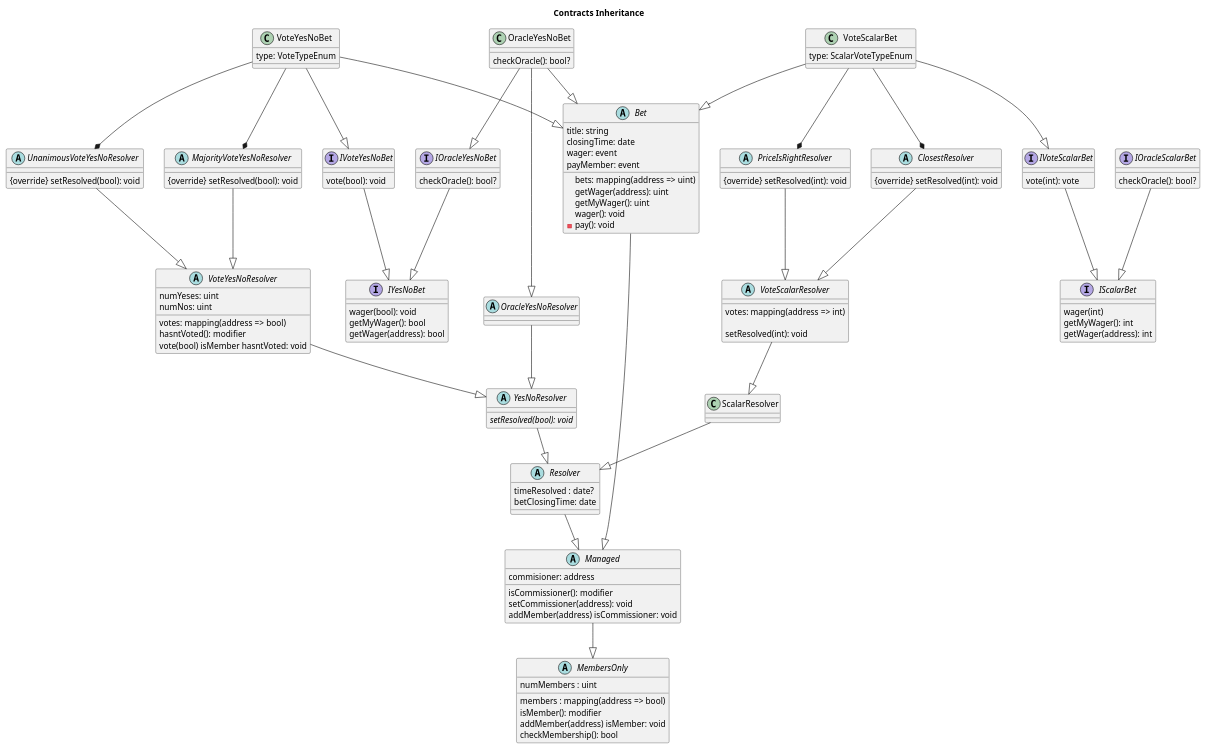
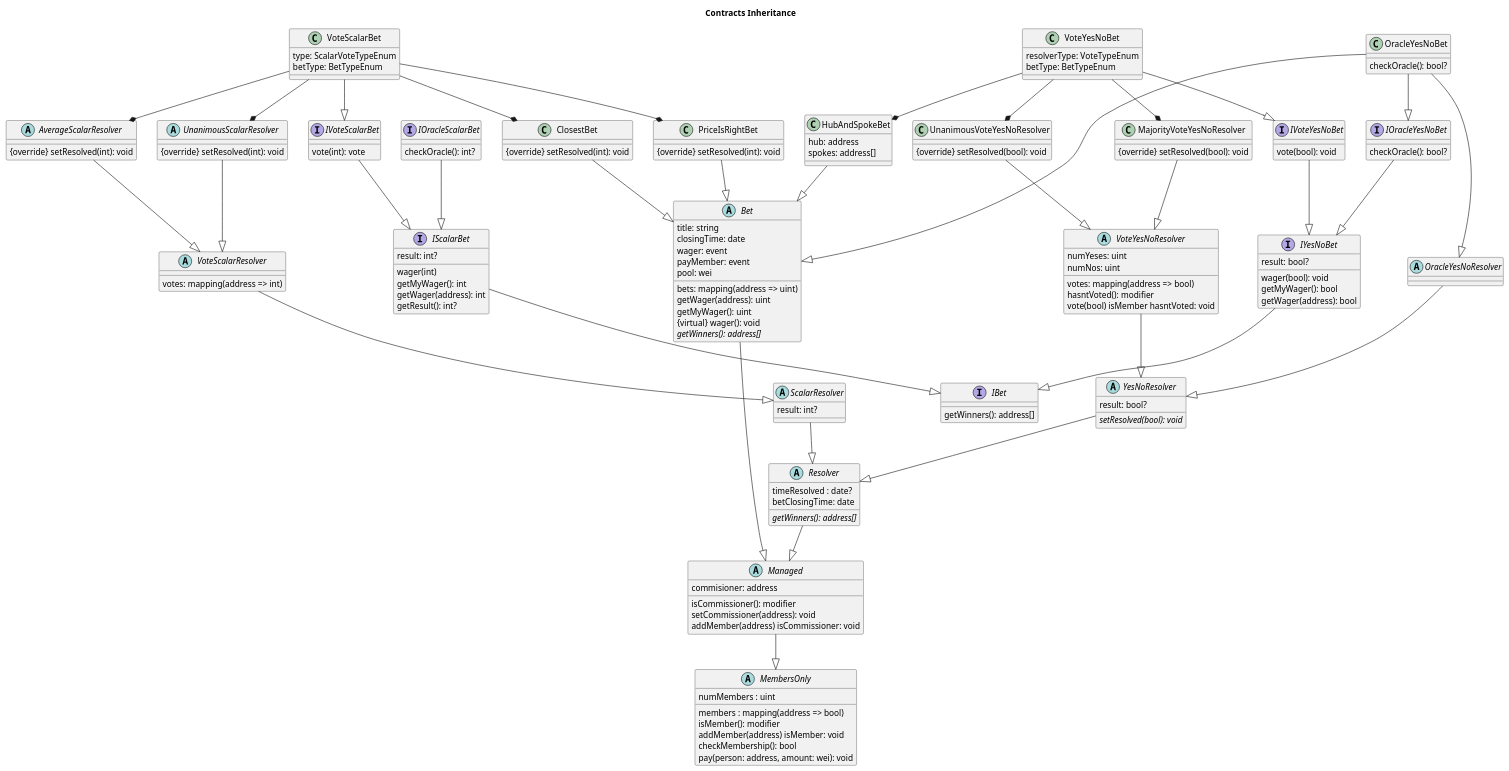
One commit to adhurjaty/prediction-app changed the diagram in src/contracts/inheritanceDiagram.puml. Above: the diagram before and after it, drawn with PlantUML.

Commit message:
just groping around for a solution

```diff
--- a/src/contracts/inheritanceDiagram.puml
+++ b/src/contracts/inheritanceDiagram.puml
@@ -1,149 +1,186 @@
 @startuml
 
 title Contracts Inheritance
 
 abstract class MembersOnly {
     members : mapping(address => bool)
     numMembers : uint
 
     isMember(): modifier
     addMember(address) isMember: void
     checkMembership(): bool
+    pay(person: address, amount: wei): void
 }
 
 abstract class Managed {
     commisioner: address
     isCommissioner(): modifier
     setCommissioner(address): void
     addMember(address) isCommissioner: void
 }
 
 abstract class Resolver {
     timeResolved : date?
     betClosingTime: date
+    {abstract} getWinners(): address[]
 }
 
 abstract class YesNoResolver {
+    result: bool?
     {abstract} setResolved(bool): void
 }
 
 abstract class OracleYesNoResolver {
 
 }
 
 abstract class VoteYesNoResolver {
     votes: mapping(address => bool)
     numYeses: uint
     numNos: uint
 
     hasntVoted(): modifier
     vote(bool) isMember hasntVoted: void
 }
 
-abstract class MajorityVoteYesNoResolver {
+class MajorityVoteYesNoResolver {
     {override} setResolved(bool): void
 }
 
-abstract class UnanimousVoteYesNoResolver {
+class UnanimousVoteYesNoResolver {
     {override} setResolved(bool): void
+}
+
+abstract class ScalarResolver {
+    result: int?
 }
 
 abstract class VoteScalarResolver {
     votes: mapping(address => int)
-
-    setResolved(int): void
 }
 
 abstract class Bet {
     title: string
     bets: mapping(address => uint)
     closingTime: date
     wager: event
     payMember: event
+    pool: wei
 
     getWager(address): uint
     getMyWager(): uint
-    wager(): void
-    -pay(): void
+    {virtual} wager(): void
+    {abstract} getWinners(): address[]
 }
 
 class VoteYesNoBet {
-    type: VoteTypeEnum
+    resolverType: VoteTypeEnum
+    betType: BetTypeEnum
+}
+
+class HubAndSpokeBet {
+    hub: address
+    spokes: address[]
 }
 
 class OracleYesNoBet {
     checkOracle(): bool?
 }
 
-abstract class PriceIsRightResolver {
+abstract AverageScalarResolver {
     {override} setResolved(int): void
 }
 
-abstract class ClosestResolver {
+abstract UnanimousScalarResolver {
+    {override} setResolved(int): void
+}
+
+class PriceIsRightBet {
+    {override} setResolved(int): void
+}
+
+class ClosestBet {
     {override} setResolved(int): void
 }
 
 class VoteScalarBet {
     type: ScalarVoteTypeEnum
+    betType: BetTypeEnum
+}
+
+interface IBet {
+    getWinners(): address[]
 }
 
 interface IYesNoBet {
+    result: bool?
     wager(bool): void
     getMyWager(): bool
     getWager(address): bool
 }
 
 interface IScalarBet {
+    result: int?
     wager(int)
     getMyWager(): int
     getWager(address): int
+    getResult(): int?
 }
 
 interface IVoteYesNoBet {
     vote(bool): void
 }
 
 interface IVoteScalarBet {
     vote(int): vote
 }
 
 interface IOracleYesNoBet {
     checkOracle(): bool?
 }
 
 interface IOracleScalarBet {
-    checkOracle(): bool?
+    checkOracle(): int?
 }
 
 Managed --|> MembersOnly
 Resolver --|> Managed
 YesNoResolver --|> Resolver
 ScalarResolver --|> Resolver
 VoteYesNoResolver --|> YesNoResolver
 OracleYesNoResolver --|> YesNoResolver
 MajorityVoteYesNoResolver --|> VoteYesNoResolver
 UnanimousVoteYesNoResolver --|> VoteYesNoResolver
 VoteScalarResolver --|> ScalarResolver
 Bet --|> Managed
 
+IYesNoBet --|> IBet
+IScalarBet --|> IBet
+
 IVoteYesNoBet --|> IYesNoBet
 IOracleYesNoBet --|> IYesNoBet
 IVoteScalarBet --|> IScalarBet
 IOracleScalarBet --|> IScalarBet
 
+HubAndSpokeBet --|> Bet
+
 VoteYesNoBet --|> IVoteYesNoBet
-VoteYesNoBet --|> Bet
 VoteYesNoBet --* MajorityVoteYesNoResolver
 VoteYesNoBet --* UnanimousVoteYesNoResolver
+VoteYesNoBet --* HubAndSpokeBet
 
 OracleYesNoBet --|> Bet
 OracleYesNoBet --|> OracleYesNoResolver
 OracleYesNoBet --|> IOracleYesNoBet
 
-PriceIsRightResolver --|> VoteScalarResolver
-ClosestResolver --|> VoteScalarResolver
-VoteScalarBet --|> Bet
+PriceIsRightBet --|> Bet
+ClosestBet --|> Bet
 VoteScalarBet --|> IVoteScalarBet
-VoteScalarBet --* PriceIsRightResolver
-VoteScalarBet --* ClosestResolver
+VoteScalarBet --* PriceIsRightBet
+VoteScalarBet --* ClosestBet
+AverageScalarResolver --|> VoteScalarResolver
+UnanimousScalarResolver --|> VoteScalarResolver
+VoteScalarBet --* AverageScalarResolver
+VoteScalarBet --* UnanimousScalarResolver
+
 @enduml
```
